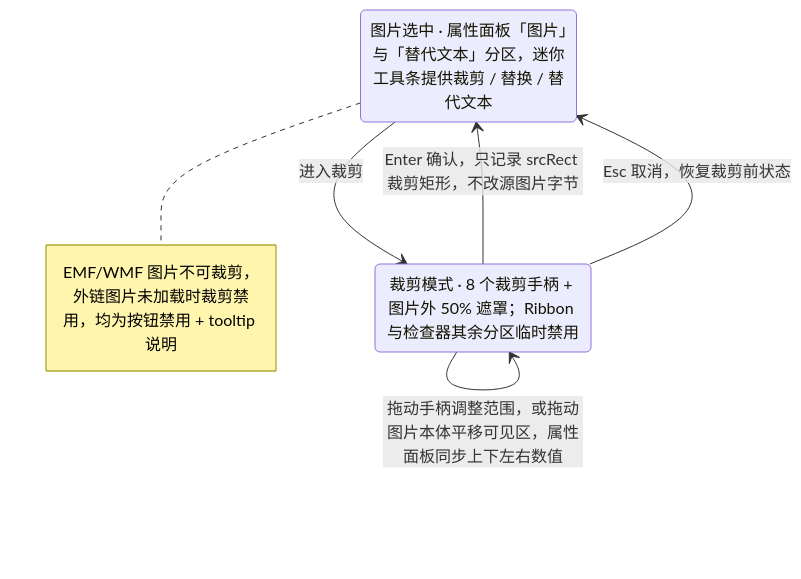
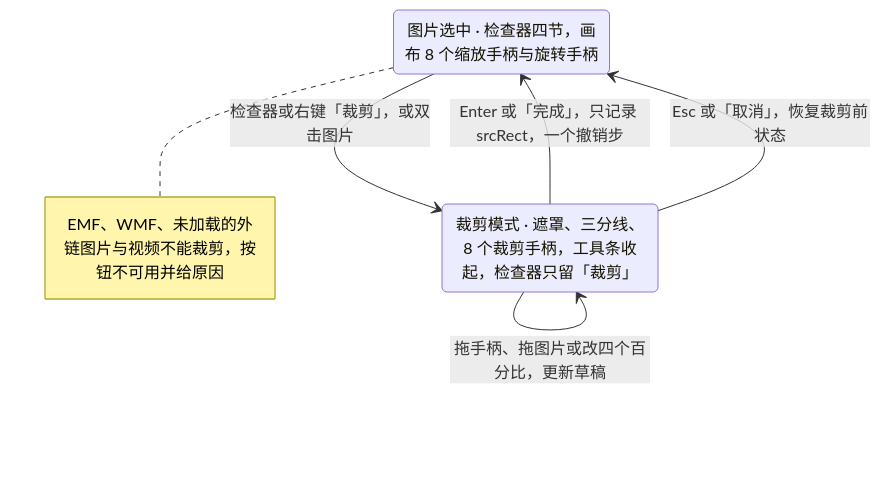
One commit to Xeonice/cordis-ppt-editor changed the first of 3 diagrams in docs/20-design/03-screens/18-image-editing.md. Above: the diagram before and after it, drawn with Mermaid. The commit also changed other lines of this file and 44 other files, not shown here.

````diff
--- a/docs/20-design/03-screens/18-image-editing.md
+++ b/docs/20-design/03-screens/18-image-editing.md
@@ -71,10 +265,10 @@
 ```mermaid
 stateDiagram-v2
-  state "图片选中 · 属性面板「图片」与「替代文本」分区，迷你工具条提供裁剪 / 替换 / 替代文本" as selected
-  state "裁剪模式 · 8 个裁剪手柄 + 图片外 50% 遮罩；Ribbon 与检查器其余分区临时禁用" as cropping
-  selected --> cropping : 进入裁剪
-  cropping --> cropping : 拖动手柄调整范围，或拖动图片本体平移可见区，属性面板同步上下左右数值
-  cropping --> selected : Enter 确认，只记录 srcRect 裁剪矩形，不改源图片字节
-  cropping --> selected : Esc 取消，恢复裁剪前状态
-  note right of selected : EMF/WMF 图片不可裁剪，外链图片未加载时裁剪禁用，均为按钮禁用 + tooltip 说明
+  state "图片选中 · 检查器四节，画布 8 个缩放手柄与旋转手柄" as selected
+  state "裁剪模式 · 遮罩、三分线、8 个裁剪手柄，工具条收起，检查器只留「裁剪」" as cropping
+  selected --> cropping : 检查器或右键「裁剪」，或双击图片
+  cropping --> cropping : 拖手柄、拖图片或改四个百分比，更新草稿
+  cropping --> selected : Enter 或「完成」，只记录 srcRect，一个撤销步
+  cropping --> selected : Esc 或「取消」，恢复裁剪前状态
+  note right of selected : EMF、WMF、未加载的外链图片与视频不能裁剪，按钮不可用并给原因
 ```
````
